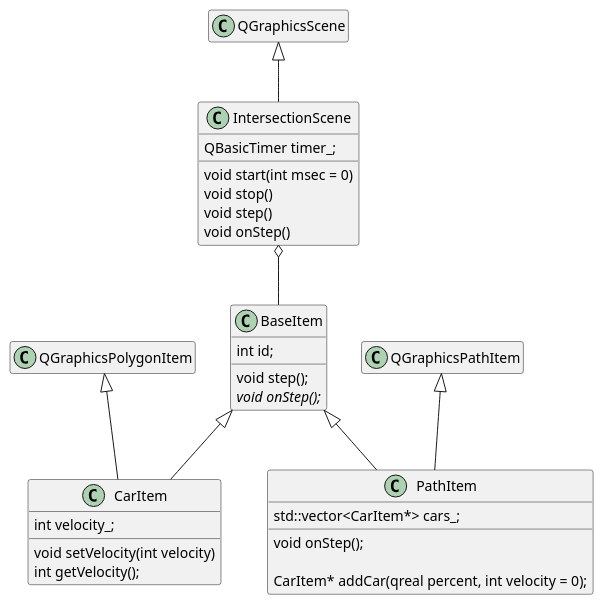
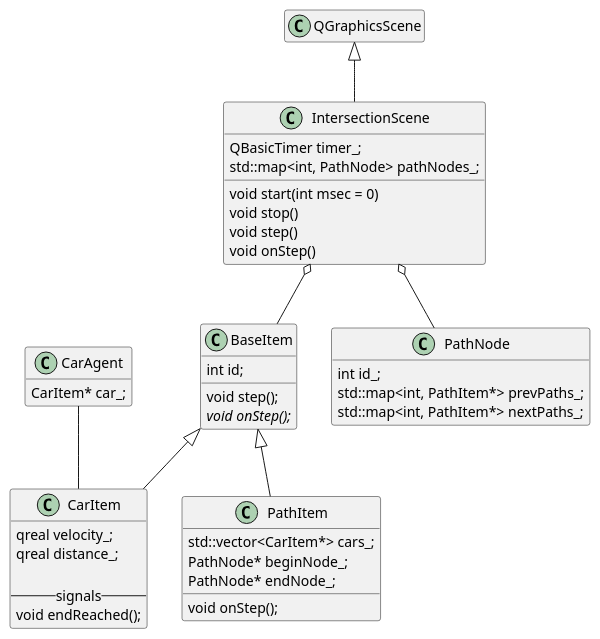
Before and after one commit to dpietruchowski/smart-intersections: the diagram in classes.plantuml, drawn with PlantUML. The commit also changed 21 other files, not shown here.

```diff
--- a/classes.plantuml
+++ b/classes.plantuml
@@ -1,47 +1,61 @@
 @startuml classes
 
 hide empty members
 
 
 class IntersectionScene {
     void start(int msec = 0)
     void stop()
     void step()
     void onStep()
 
     QBasicTimer timer_;
+    std::map<int, PathNode> pathNodes_;
 }
 
 QGraphicsScene <|-- IntersectionScene
 
 IntersectionScene o-- BaseItem
 
 class BaseItem {
     void step();
     {abstract} void onStep();
 
     int id;
 }
 
 class CarItem {
-    void setVelocity(int velocity)
-    int getVelocity();
+    qreal velocity_;
+    qreal distance_;
 
-    int velocity_;
+    --signals--
+    void endReached();
 }
 
-QGraphicsPolygonItem <|-- CarItem
 BaseItem <|-- CarItem
 
 class PathItem {
     void onStep();
 
-    CarItem* addCar(qreal percent, int velocity = 0);
-
     std::vector<CarItem*> cars_;
+    PathNode* beginNode_;
+    PathNode* endNode_;
 }
 
-QGraphicsPathItem <|-- PathItem
 BaseItem <|-- PathItem
 
+class PathNode {
+    int id_;
+    std::map<int, PathItem*> prevPaths_;
+    std::map<int, PathItem*> nextPaths_;
+}
+
+IntersectionScene o-- PathNode
+
+class CarAgent {
+    CarItem* car_;
+}
+
+CarAgent -- CarItem
+
 @enduml
```
